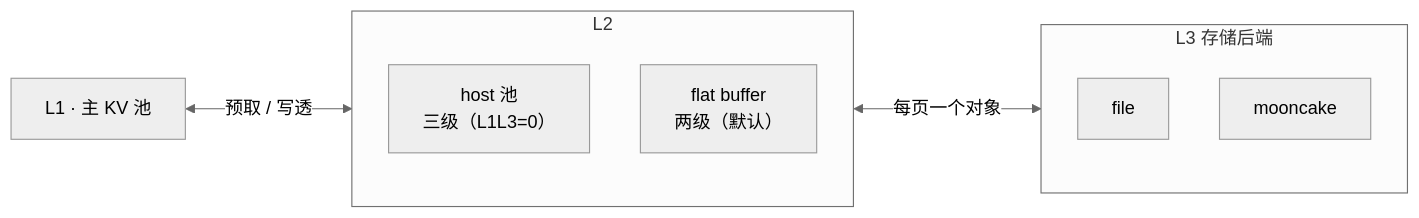
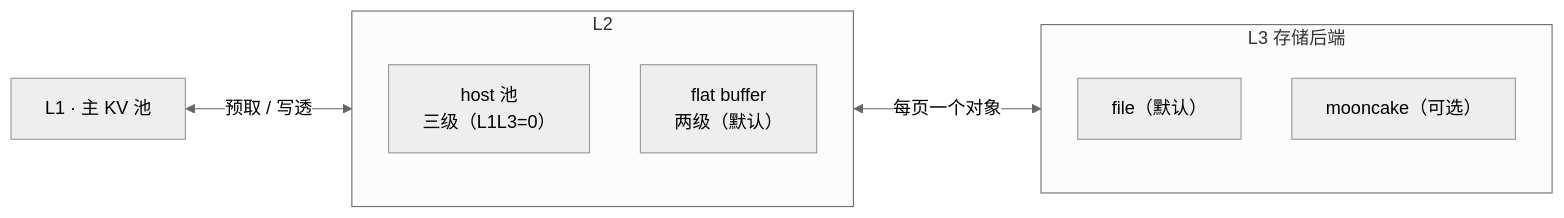
The diagram in docs/kunpeng/hicache.md (kunpengcompute/sglang), drawn with Mermaid before and after one commit. The commit also changed other lines of this file and 3 other files, not shown here.

````diff
--- a/docs/kunpeng/hicache.md
+++ b/docs/kunpeng/hicache.md
@@ -19,20 +19,20 @@
 ```mermaid
 %%{init: {'theme':'neutral','flowchart':{'curve':'basis','nodeSpacing':45,'rankSpacing':70}}}%%
 flowchart LR
     L1["L1 · 主 KV 池"]
 
     subgraph L2G["L2"]
         direction TB
         L2T["host 池<br/>三级（L1L3=0）"]
         L2F["flat buffer<br/>两级（默认）"]
     end
 
     subgraph L3G["L3 存储后端"]
         direction TB
-        FILE["file"]
-        MC["mooncake"]
+        FILE["file（默认）"]
+        MC["mooncake（可选）"]
     end
 
     L1 <-->|"预取 / 写透"| L2G
     L2G <-->|"每页一个对象"| L3G
 ```
````
